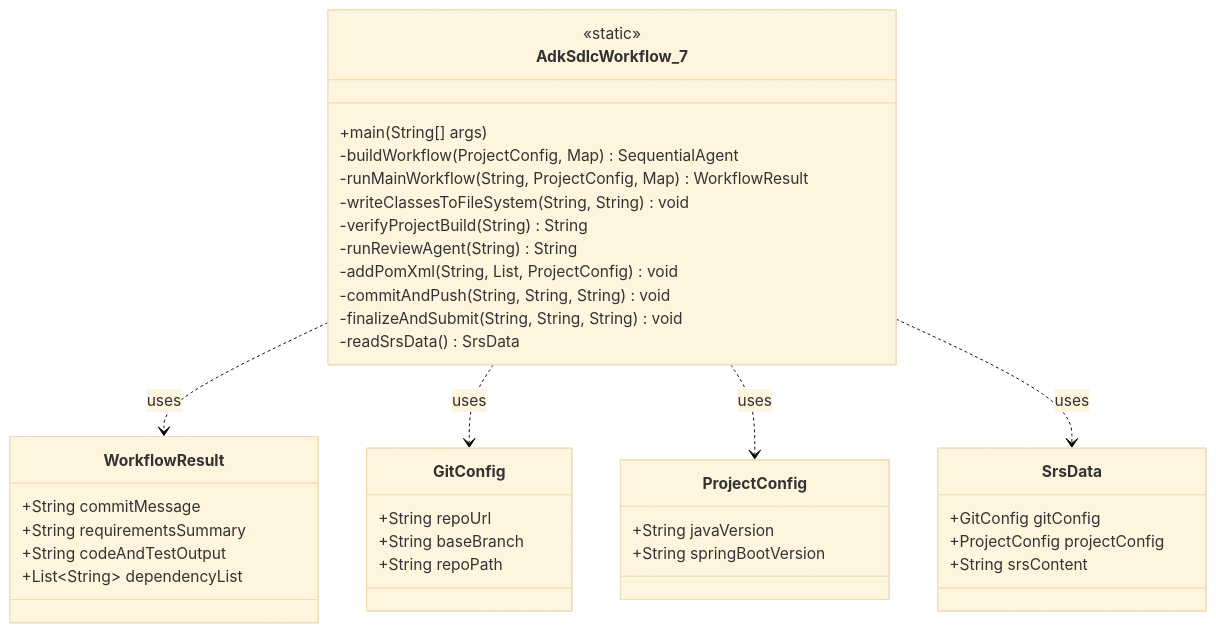
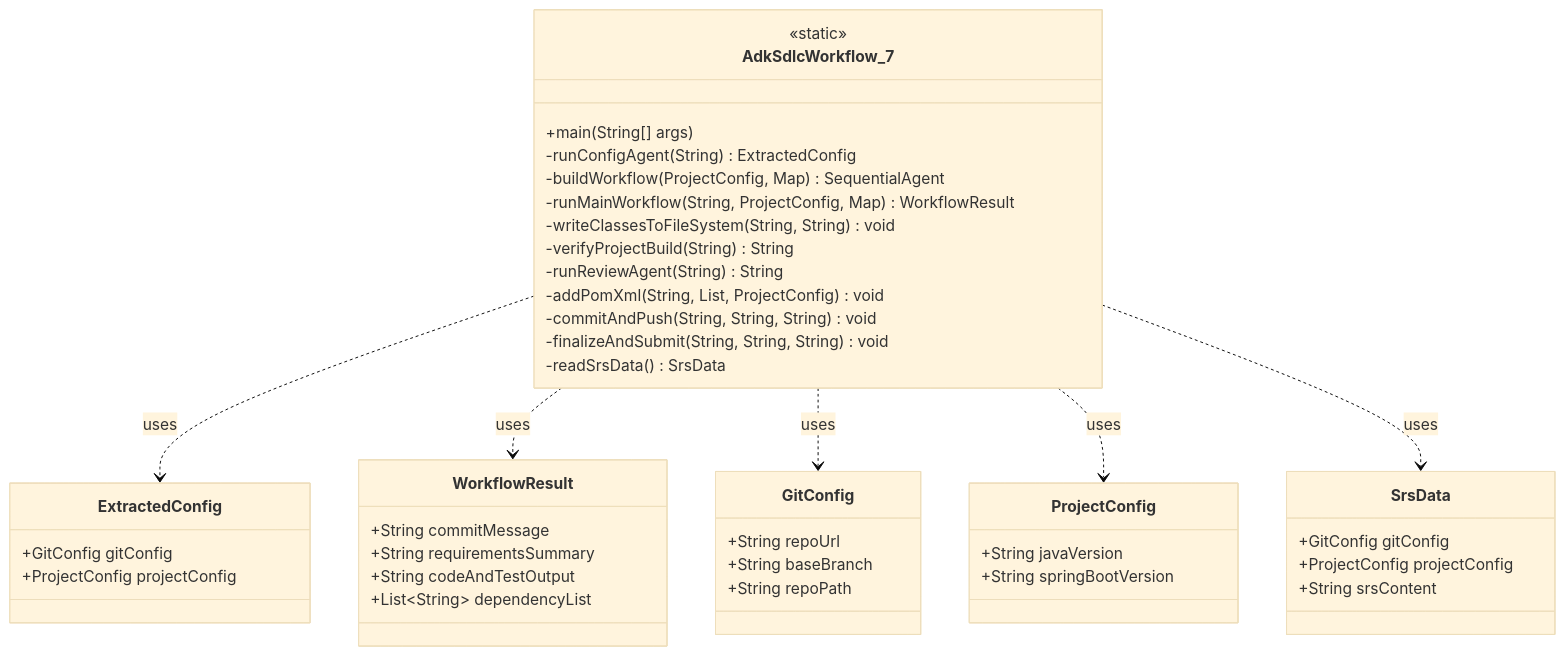
Before and after one commit to msn5566/ADKFramework: the third of 3 diagrams in AdkSdlcWorkflow_Design_Document.md, drawn with Mermaid (base theme). The commit also changed other lines of this file and 1 other file, not shown here.

````diff
--- a/AdkSdlcWorkflow_Design_Document.md
+++ b/AdkSdlcWorkflow_Design_Document.md
@@ -86,45 +86,52 @@
 ```mermaid
 classDiagram
     class AdkSdlcWorkflow_7 {
         <<static>>
         +main(String[] args)
+        -runConfigAgent(String) ExtractedConfig
         -buildWorkflow(ProjectConfig, Map) SequentialAgent
         -runMainWorkflow(String, ProjectConfig, Map) WorkflowResult
         -writeClassesToFileSystem(String, String) void
         -verifyProjectBuild(String) String
         -runReviewAgent(String) String
         -addPomXml(String, List, ProjectConfig) void
         -commitAndPush(String, String, String) void
         -finalizeAndSubmit(String, String, String) void
         -readSrsData() SrsData
+    }
+
+    class ExtractedConfig {
+        +GitConfig gitConfig
+        +ProjectConfig projectConfig
     }
 
     class WorkflowResult {
         +String commitMessage
         +String requirementsSummary
         +String codeAndTestOutput
         +List~String~ dependencyList
     }
 
     class GitConfig {
         +String repoUrl
         +String baseBranch
         +String repoPath
     }
 
     class ProjectConfig {
         +String javaVersion
         +String springBootVersion
     }
 
     class SrsData {
         +GitConfig gitConfig
         +ProjectConfig projectConfig
         +String srsContent
     }
 
+    AdkSdlcWorkflow_7 ..> ExtractedConfig : uses
     AdkSdlcWorkflow_7 ..> WorkflowResult : uses
     AdkSdlcWorkflow_7 ..> GitConfig : uses
     AdkSdlcWorkflow_7 ..> ProjectConfig : uses
     AdkSdlcWorkflow_7 ..> SrsData : uses
 ```
````
